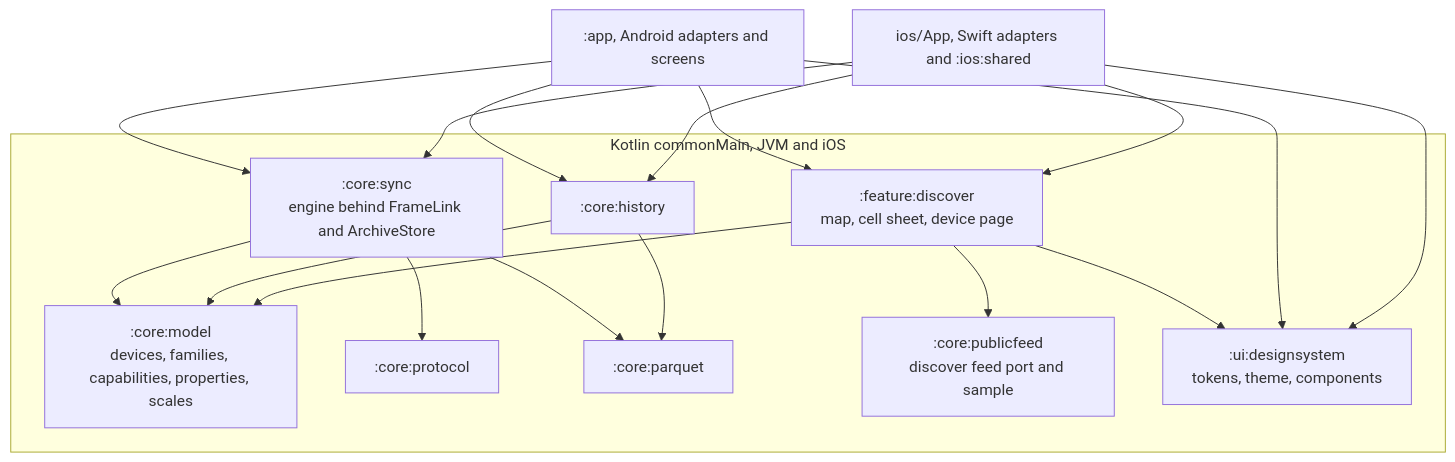
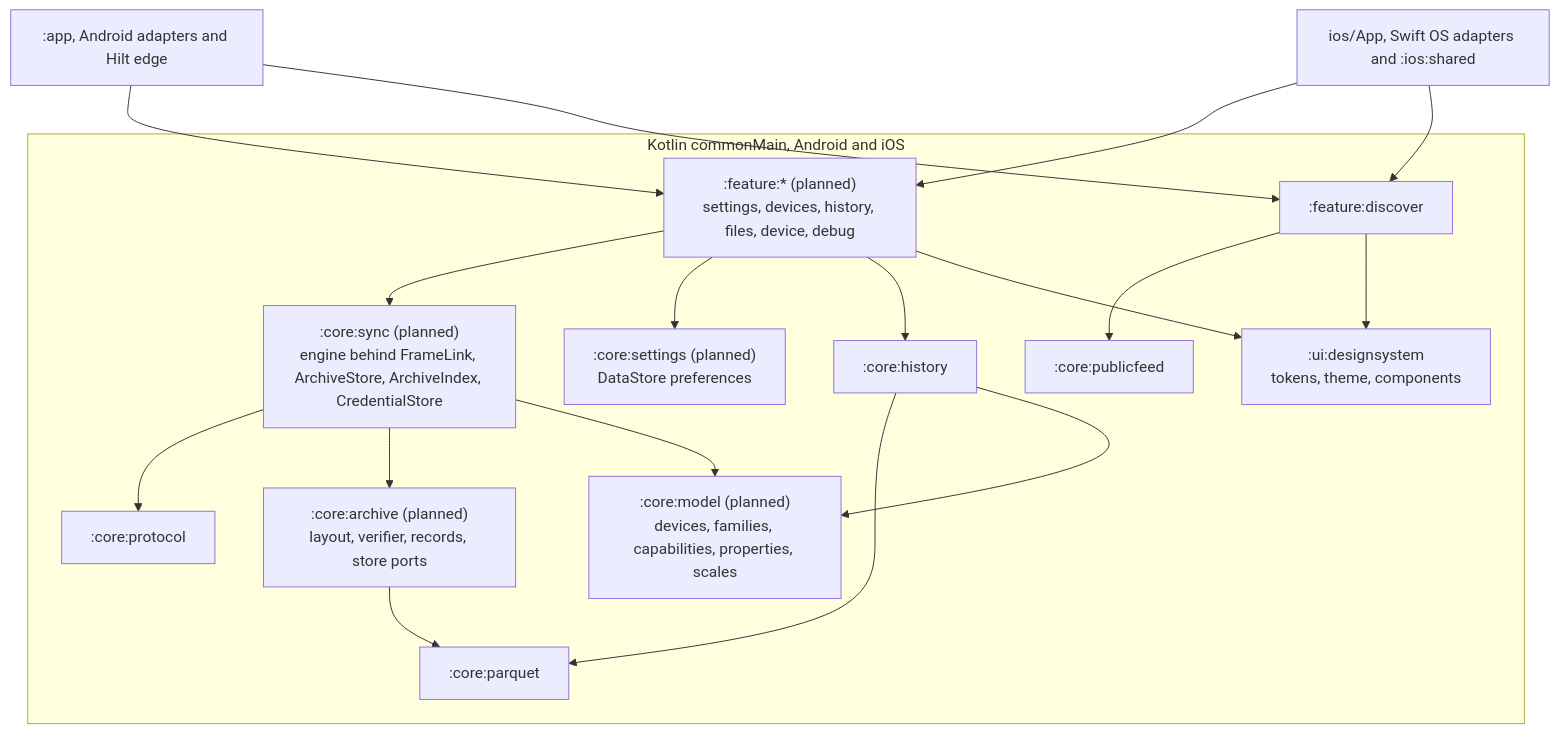
One commit to walkthru-earth/opensensor-space-mobile changed the second of 3 diagrams in docs/architecture.md. Above: the diagram before and after it, drawn with Mermaid. The commit also changed other lines of this file and 7 other files, not shown here.

First line of the commit message:
Fix docs drift on modules, gates, versions and planned shared code

````diff
--- a/docs/architecture.md
+++ b/docs/architecture.md
@@ -48,20 +58,25 @@
 ```mermaid
 flowchart TB
-  subgraph shared["Kotlin commonMain, JVM and iOS"]
-    MO[":core:model<br/>devices, families, capabilities, properties, scales"]
+  subgraph shared["Kotlin commonMain, Android and iOS"]
+    MO[":core:model (planned)<br/>devices, families, capabilities, properties, scales"]
     PR2[":core:protocol"]
-    SY[":core:sync<br/>engine behind FrameLink and ArchiveStore"]
+    SY[":core:sync (planned)<br/>engine behind FrameLink, ArchiveStore, ArchiveIndex, CredentialStore"]
+    AR[":core:archive (planned)<br/>layout, verifier, records, store ports"]
+    ST[":core:settings (planned)<br/>DataStore preferences"]
     PQ2[":core:parquet"]
     HI2[":core:history"]
-    PF[":core:publicfeed<br/>discover feed port and sample"]
+    PF[":core:publicfeed"]
     DS[":ui:designsystem<br/>tokens, theme, components"]
-    DI[":feature:discover<br/>map, cell sheet, device page"]
+    FE[":feature:* (planned)<br/>settings, devices, history, files, device, debug"]
+    DI[":feature:discover"]
   end
-  APP2[":app, Android adapters and screens"]
-  IOS2["ios/App, Swift adapters and :ios:shared"]
-  SY --> PR2 & PQ2 & MO
+  APP2[":app, Android adapters and Hilt edge"]
+  IOS2["ios/App, Swift OS adapters and :ios:shared"]
+  SY --> PR2 & AR & MO
+  AR --> PQ2
   HI2 --> PQ2 & MO
-  DI --> PF & DS & MO
-  APP2 --> SY & HI2 & DI & DS
-  IOS2 --> SY & HI2 & DI & DS
+  FE --> SY & ST & HI2 & DS
+  DI --> PF & DS
+  APP2 --> FE & DI
+  IOS2 --> FE & DI
 ```
````
